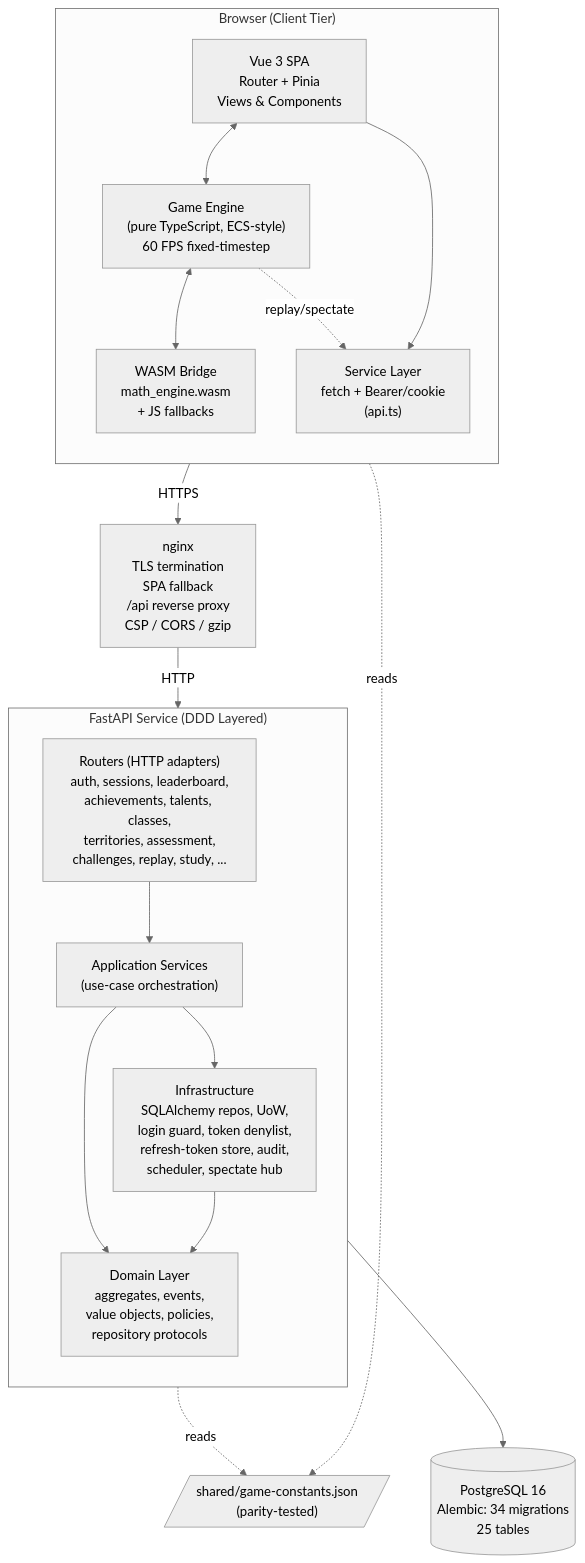
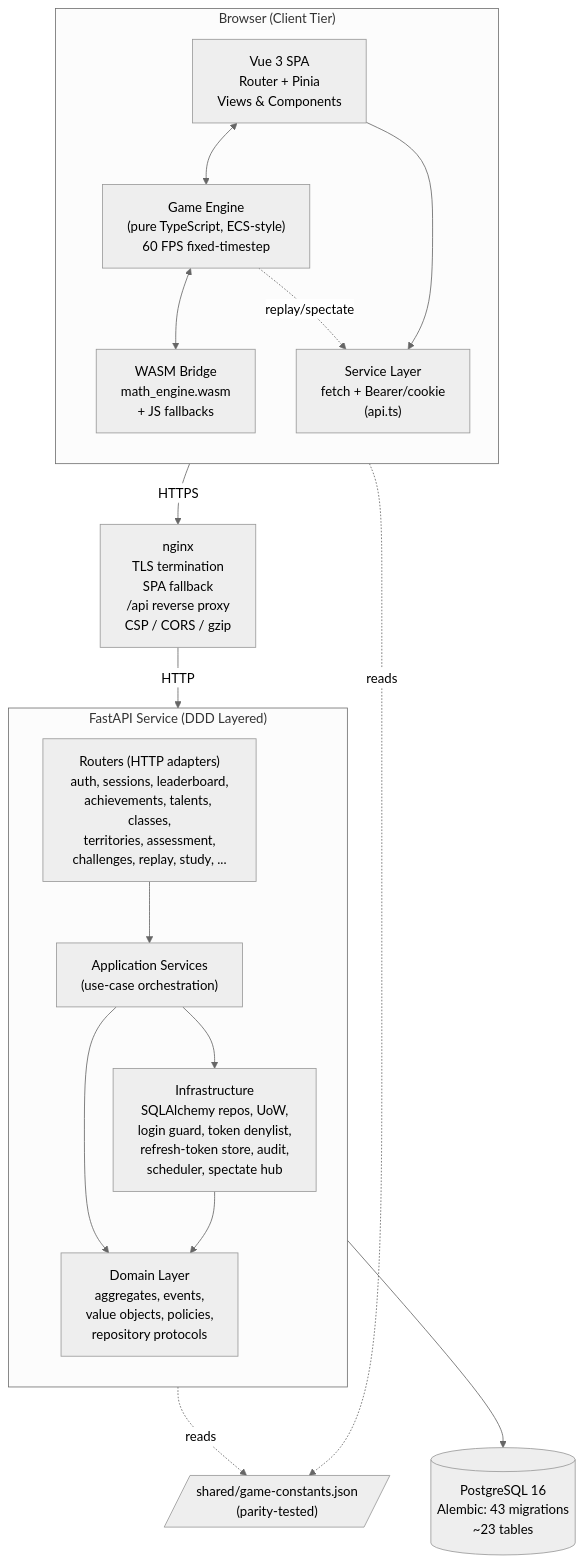
The first of 10 diagrams in ARCHITECTURE.md (2026-NTNU-Computer-Programming-II-POLS/Math-Defense), drawn with Mermaid (neutral theme) before and after one commit. The commit also changed other lines of this file and 1 other file, not shown here.

````diff
--- a/ARCHITECTURE.md
+++ b/ARCHITECTURE.md
@@ -39,36 +39,36 @@
 ```mermaid
 flowchart TB
     subgraph Client["Browser (Client Tier)"]
         direction TB
         SPA["Vue 3 SPA<br/>Router + Pinia<br/>Views & Components"]
         Engine["Game Engine<br/>(pure TypeScript, ECS-style)<br/>60 FPS fixed-timestep"]
         WASM["WASM Bridge<br/>math_engine.wasm<br/>+ JS fallbacks"]
         APIClient["Service Layer<br/>fetch + Bearer/cookie<br/>(api.ts)"]
         SPA <--> Engine
         Engine <--> WASM
         SPA --> APIClient
         Engine -.replay/spectate.-> APIClient
     end
 
     Nginx["nginx<br/>TLS termination<br/>SPA fallback<br/>/api reverse proxy<br/>CSP / CORS / gzip"]
 
     subgraph Backend["FastAPI Service (DDD Layered)"]
         direction TB
         Routers["Routers (HTTP adapters)<br/>auth, sessions, leaderboard,<br/>achievements, talents, classes,<br/>territories, assessment,<br/>challenges, replay, study, ..."]
         AppSvc["Application Services<br/>(use-case orchestration)"]
         Domain["Domain Layer<br/>aggregates, events,<br/>value objects, policies,<br/>repository protocols"]
         Infra["Infrastructure<br/>SQLAlchemy repos, UoW,<br/>login guard, token denylist,<br/>refresh-token store, audit,<br/>scheduler, spectate hub"]
         Routers --> AppSvc --> Domain
         AppSvc --> Infra
         Infra --> Domain
     end
 
-    DB[("PostgreSQL 16<br/>Alembic: 34 migrations<br/>25 tables")]
+    DB[("PostgreSQL 16<br/>Alembic: 43 migrations<br/>~23 tables")]
     Shared[/"shared/game-constants.json<br/>(parity-tested)"/]
 
     Client -- HTTPS --> Nginx
     Nginx -- HTTP --> Routers
     Infra --> DB
     Engine -. reads .-> Shared
     Backend -. reads .-> Shared
 ```
````
